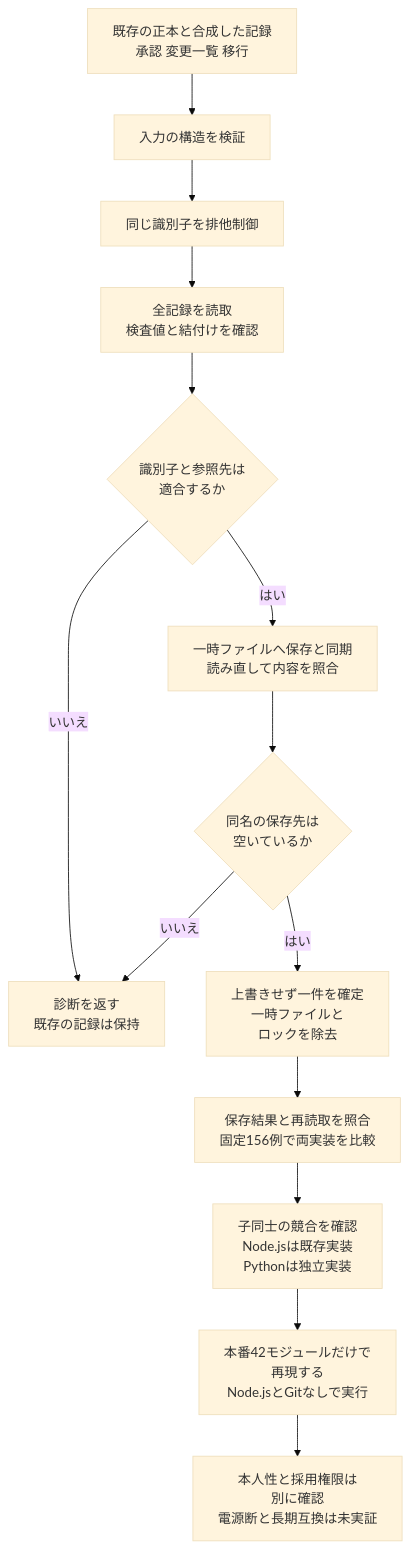
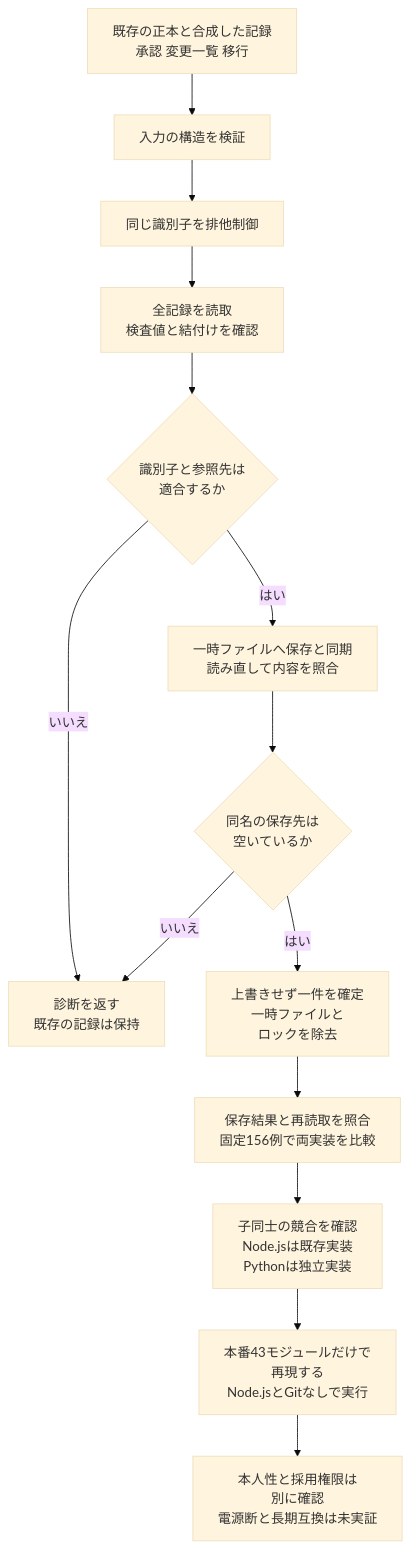
Before and after one commit to koukemo/morivyx: the diagram in docs/diagrams/python-ledger-store.mmd, drawn with Mermaid (base theme). The commit also changed 31 other files, not shown here.

```diff
--- a/docs/diagrams/python-ledger-store.mmd
+++ b/docs/diagrams/python-ledger-store.mmd
@@ -1,14 +1,14 @@
 flowchart TD
   A[既存の正本と合成した記録<br/>承認 変更一覧 移行] --> B[入力の構造を検証]
   B --> C[同じ識別子を排他制御]
   C --> D[全記録を読取<br/>検査値と結付けを確認]
   D --> E{識別子と参照先は<br/>適合するか}
   E -->|いいえ| F[診断を返す<br/>既存の記録は保持]
   E -->|はい| G[一時ファイルへ保存と同期<br/>読み直して内容を照合]
   G --> H{同名の保存先は<br/>空いているか}
   H -->|いいえ| F
   H -->|はい| I[上書きせず一件を確定<br/>一時ファイルと<br/>ロックを除去]
   I --> J[保存結果と再読取を照合<br/>固定156例で両実装を比較]
   J --> K[子同士の競合を確認<br/>Node.jsは既存実装<br/>Pythonは独立実装]
-  K --> L[本番42モジュールだけで<br/>再現する<br/>Node.jsとGitなしで実行]
+  K --> L[本番43モジュールだけで<br/>再現する<br/>Node.jsとGitなしで実行]
   L --> M[本人性と採用権限は<br/>別に確認<br/>電源断と長期互換は未実証]
```
